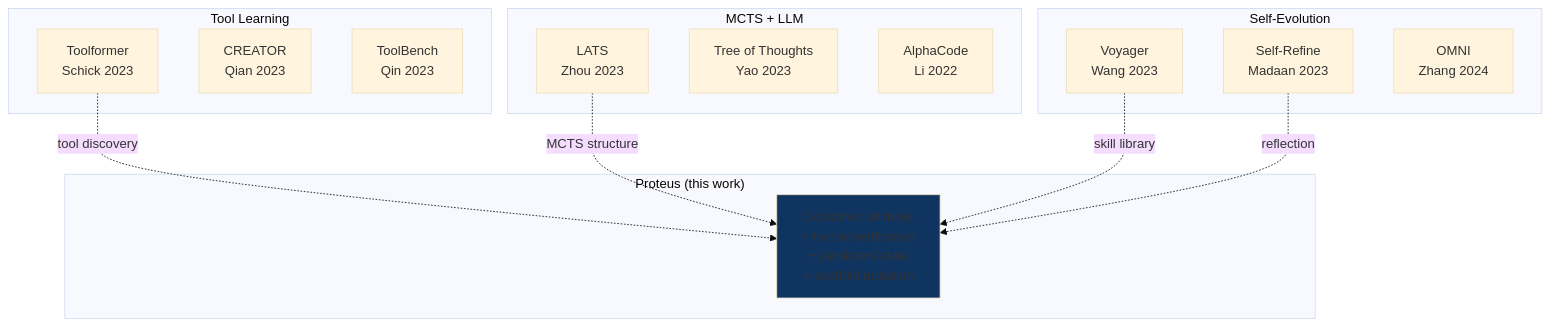
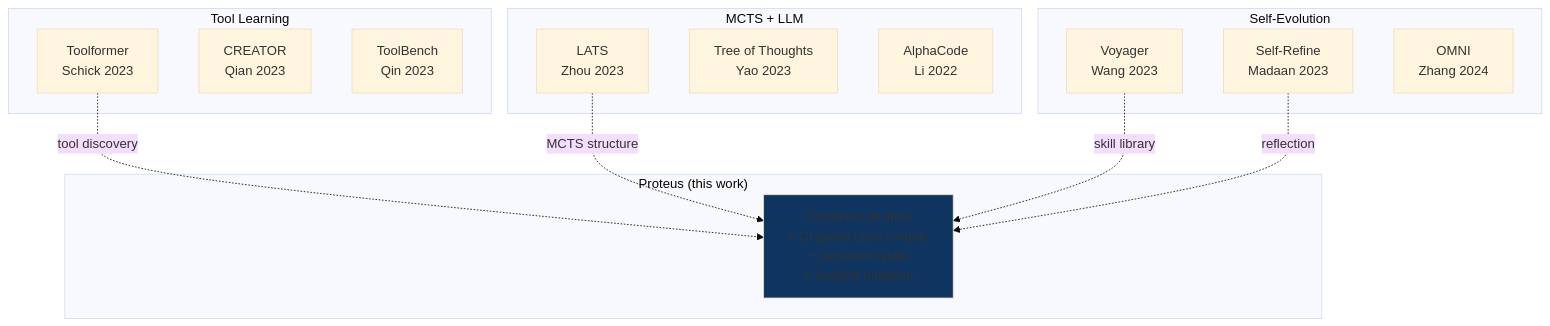
Before and after one commit to AshishKumar4/Proteus: the third of 4 diagrams in docs/APPLICATIONS.md, drawn with Mermaid (base theme). The commit also changed other lines of this file and 30 other files, not shown here.

First line of the commit message:
Lean WP-F1: traceability gate, dead formal corpus deleted, honest docs

````diff
--- a/docs/APPLICATIONS.md
+++ b/docs/APPLICATIONS.md
@@ -149,31 +149,31 @@
 ```mermaid
 graph TB
     subgraph "Tool Learning"
         TF[Toolformer<br/>Schick 2023]
         CR[CREATOR<br/>Qian 2023]
         TB[ToolBench<br/>Qin 2023]
     end
 
     subgraph "Self-Evolution"
         VY[Voyager<br/>Wang 2023]
         SR[Self-Refine<br/>Madaan 2023]
         OM[OMNI<br/>Zhang 2024]
     end
 
     subgraph "MCTS + LLM"
         LATS[LATS<br/>Zhou 2023]
         TOT[Tree of Thoughts<br/>Yao 2023]
         AC[AlphaCode<br/>Li 2022]
     end
 
     subgraph "Proteus (this work)"
-        P[Combines all three<br/>+ formal verification<br/>+ persistent state<br/>+ scaffold mutation]
+        P[Combines all three<br/>+ CI-gated Lean models<br/>+ persistent state<br/>+ scaffold mutation]
     end
 
     TF -.->|"tool discovery"| P
     VY -.->|"skill library"| P
     LATS -.->|"MCTS structure"| P
     SR -.->|"reflection"| P
 
     style P fill:#0f3460
 ```
````
